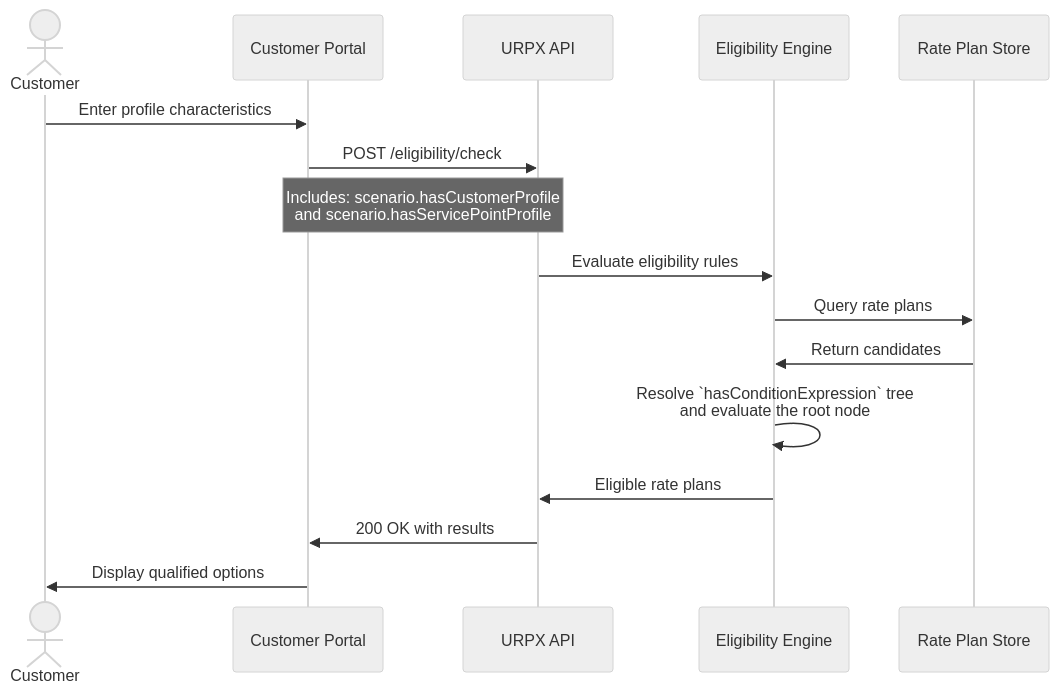
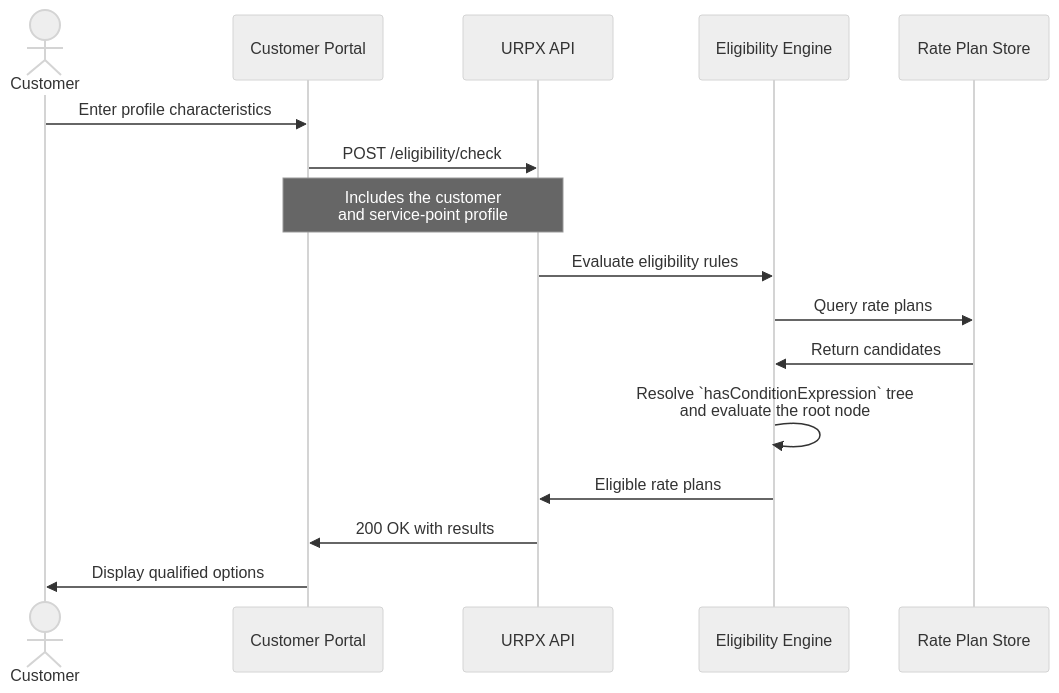
Before and after one commit to urpx-org/urpx: the second of 2 diagrams in documentation/pages/urpx-api-spec.md, drawn with Mermaid (neutral theme). The commit also changed other lines of this file and 39 other files, not shown here.

````diff
--- a/documentation/pages/urpx-api-spec.md
+++ b/documentation/pages/urpx-api-spec.md
@@ -173,19 +132,19 @@
 ```mermaid
 sequenceDiagram
     actor Customer
     participant Portal as Customer Portal
     participant API as URPX API
     participant Engine as Eligibility Engine
     participant Store as Rate Plan Store
-    
+
     Customer->>Portal: Enter profile characteristics
     Portal->>API: POST /eligibility/check
-    Note over Portal,API: Includes: scenario.hasCustomerProfile<br/>and scenario.hasServicePointProfile
+    Note over Portal,API: Includes the customer<br/>and service-point profile
     API->>Engine: Evaluate eligibility rules
     Engine->>Store: Query rate plans
     Store->>Engine: Return candidates
     Engine->>Engine: Resolve `hasConditionExpression` tree<br/>and evaluate the root node
     Engine->>API: Eligible rate plans
     API->>Portal: 200 OK with results
     Portal->>Customer: Display qualified options
 ```
````
